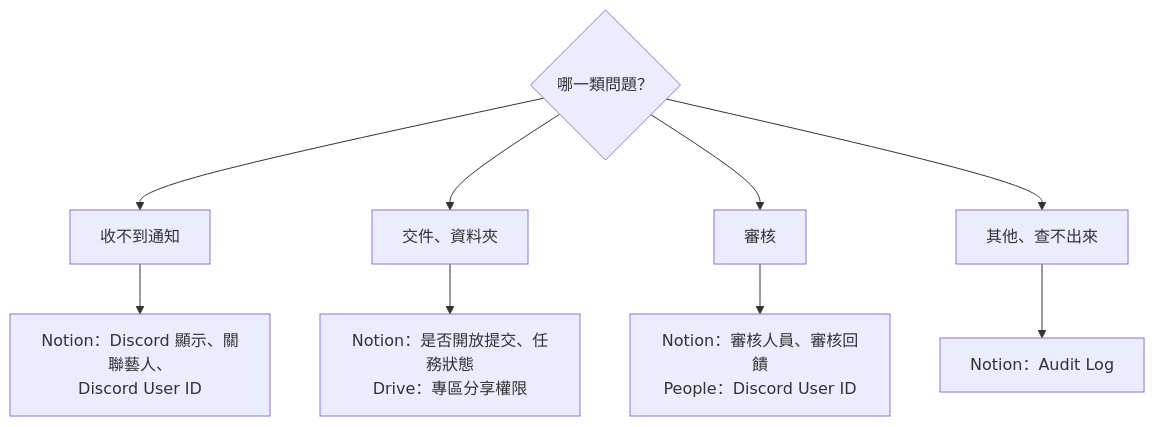
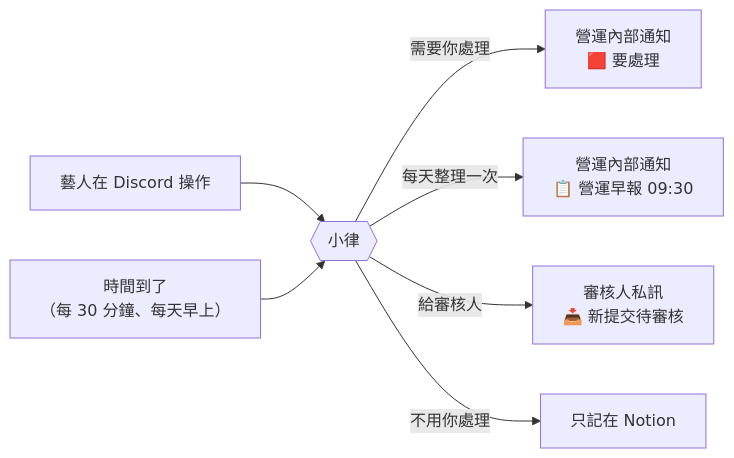
Before and after one commit to johnnysun0621/kari-kari-ai-ops: the eighth of 8 diagrams in docs/sop/ADMIN_SOP.md, drawn with Mermaid. The commit also changed other lines of this file and 85 other files, not shown here.

````diff
--- a/docs/sop/ADMIN_SOP.md
+++ b/docs/sop/ADMIN_SOP.md
@@ -1586,7 +1029,9 @@
 ```mermaid
-flowchart TD
-  A{"哪一類問題？"} --> B["收不到通知"] --> B1["Notion：Discord 顯示、關聯藝人、<br/>Discord User ID"]
-  A --> C["交件、資料夾"] --> C1["Notion：是否開放提交、任務狀態<br/>Drive：專區分享權限"]
-  A --> D["審核"] --> D1["Notion：審核人員、審核回饋<br/>People：Discord User ID"]
-  A --> E["其他、查不出來"] --> E1["Notion：Audit Log"]
+flowchart LR
+  A["藝人在 Discord 操作"] --> S{{"小律"}}
+  T["時間到了<br/>（每 30 分鐘、每天早上）"] --> S
+  S -- "需要你處理" --> R["營運內部通知<br/>🟥 要處理"]
+  S -- "每天整理一次" --> B["營運內部通知<br/>📋 營運早報 09:30"]
+  S -- "給審核人" --> P["審核人私訊<br/>📥 新提交待審核"]
+  S -- "不用你處理" --> N["只記在 Notion"]
 ```
````
